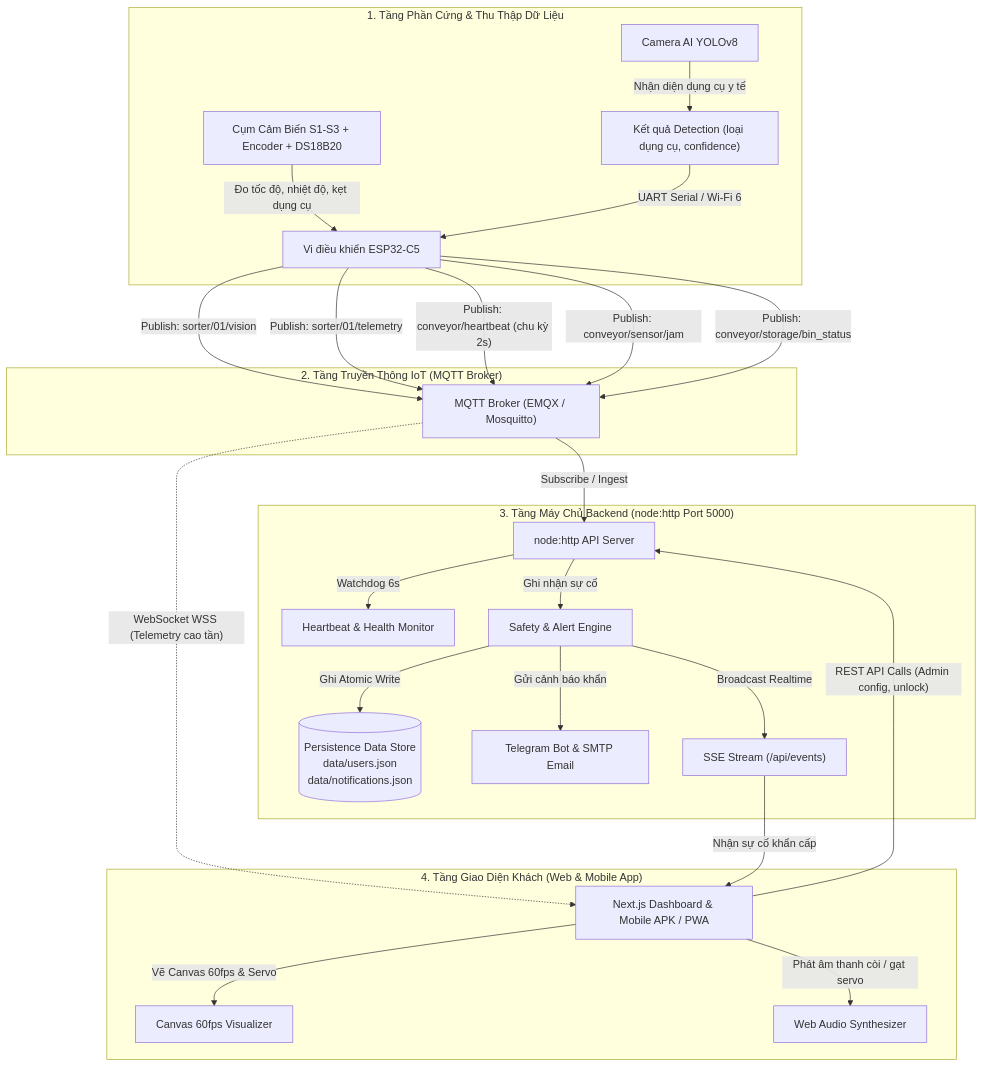
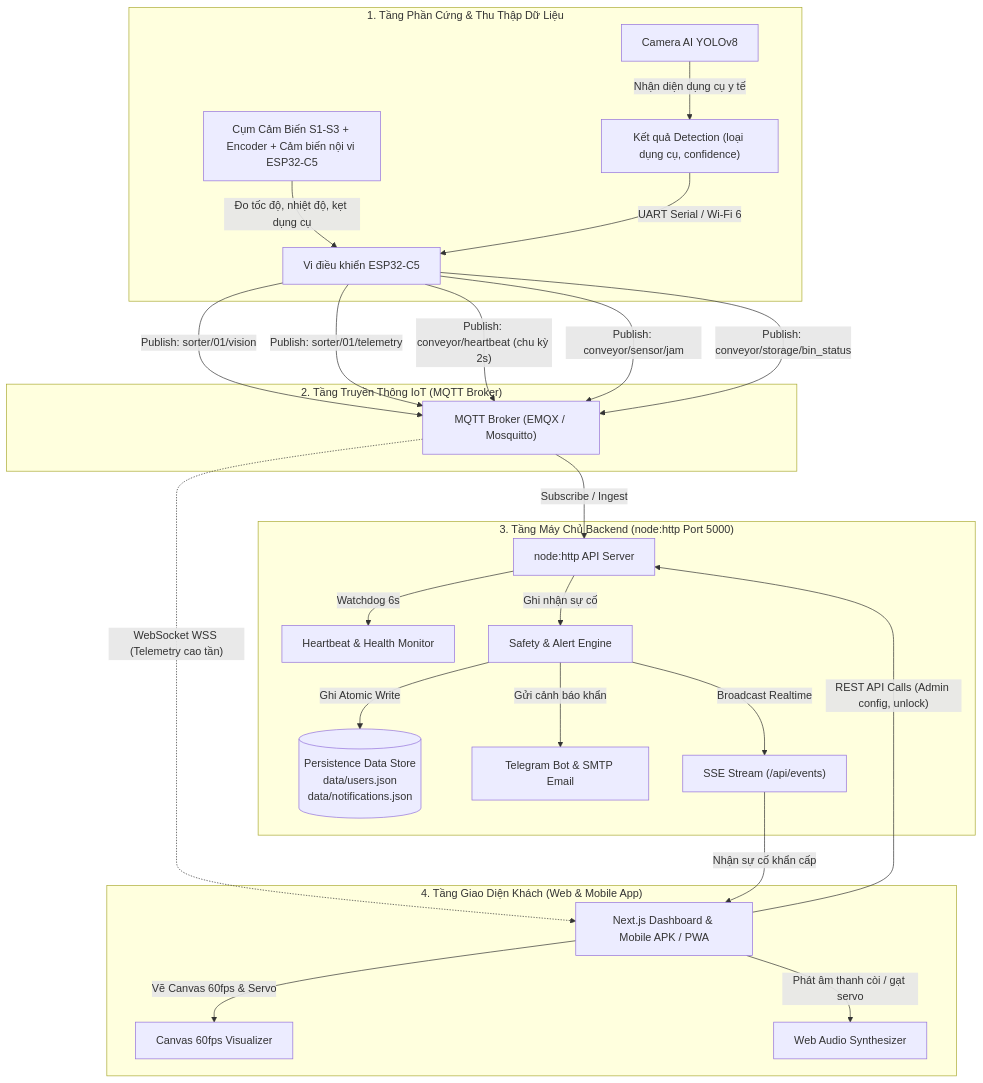
The first of 6 diagrams in README.md (duyphong375/SortiX-Dashboard), drawn with Mermaid before and after one commit. The commit also changed other lines of this file and 52 other files, not shown here.

````diff
--- a/README.md
+++ b/README.md
@@ -205,33 +205,33 @@
 ```mermaid
 flowchart TD
     subgraph HARDWARE_LAYER["1. Tầng Phần Cứng & Thu Thập Dữ Liệu"]
         CAM["Camera AI YOLOv8"] -->|"Nhận diện dụng cụ y tế"| DETECT["Kết quả Detection (loại dụng cụ, confidence)"]
-        SENSORS["Cụm Cảm Biến S1-S3 + Encoder + DS18B20"] -->|"Đo tốc độ, nhiệt độ, kẹt dụng cụ"| ESP32["Vi điều khiển ESP32-C5"]
+        SENSORS["Cụm Cảm Biến S1-S3 + Encoder + Cảm biến nội vi ESP32-C5"] -->|"Đo tốc độ, nhiệt độ, kẹt dụng cụ"| ESP32["Vi điều khiển ESP32-C5"]
         DETECT -->|"UART Serial / Wi-Fi 6"| ESP32
     end
 
     subgraph IOT_COMMUNICATION["2. Tầng Truyền Thông IoT (MQTT Broker)"]
         ESP32 -->|"Publish: sorter/01/vision"| BROKER["MQTT Broker (EMQX / Mosquitto)"]
         ESP32 -->|"Publish: sorter/01/telemetry"| BROKER
         ESP32 -->|"Publish: conveyor/heartbeat (chu kỳ 2s)"| BROKER
         ESP32 -->|"Publish: conveyor/sensor/jam"| BROKER
         ESP32 -->|"Publish: conveyor/storage/bin_status"| BROKER
     end
 
     subgraph SERVER_LAYER["3. Tầng Máy Chủ Backend (node:http Port 5000)"]
         BROKER -->|"Subscribe / Ingest"| BACKEND["node:http API Server"]
         BACKEND -->|"Watchdog 6s"| HEARTBEAT_MONITOR["Heartbeat & Health Monitor"]
         BACKEND -->|"Ghi nhận sự cố"| SAFETY_SVC["Safety & Alert Engine"]
         SAFETY_SVC -->|"Ghi Atomic Write"| DB_STORE[("Persistence Data Store\ndata/users.json\ndata/notifications.json")]
         SAFETY_SVC -->|"Gửi cảnh báo khẩn"| ALERT_CHANNELS["Telegram Bot & SMTP Email"]
         SAFETY_SVC -->|"Broadcast Realtime"| SSE_STREAM["SSE Stream (/api/events)"]
     end
 
     subgraph CLIENT_LAYER["4. Tầng Giao Diện Khách (Web & Mobile App)"]
         BROKER -.->|"WebSocket WSS (Telemetry cao tần)"| CLIENTS["Next.js Dashboard & Mobile APK / PWA"]
         SSE_STREAM -->|"Nhận sự cố khẩn cấp"| CLIENTS
         CLIENTS -->|"Vẽ Canvas 60fps & Servo"| CANVAS["Canvas 60fps Visualizer"]
         CLIENTS -->|"Phát âm thanh còi / gạt servo"| AUDIO["Web Audio Synthesizer"]
         CLIENTS -->|"REST API Calls (Admin config, unlock)"| BACKEND
     end
 ```
````
